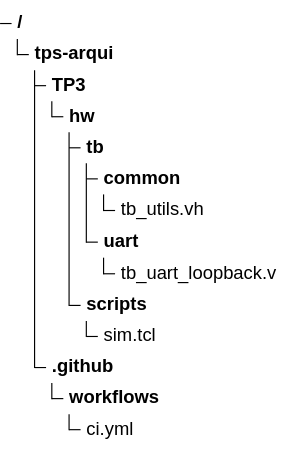
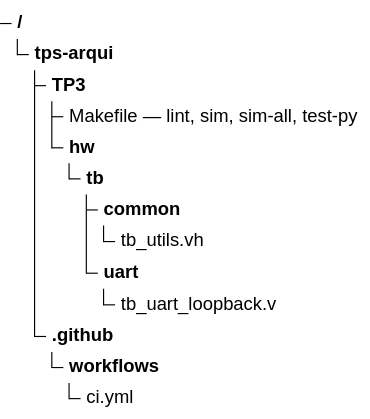
Before and after one commit to nicopinera/tps-arqui: the fourth of 47 diagrams in docs/PRD-pipeline-riscv.md, drawn with Mermaid. The commit also changed other lines of this file and 8 other files, not shown here.

````diff
--- a/docs/PRD-pipeline-riscv.md
+++ b/docs/PRD-pipeline-riscv.md
@@ -525,16 +528,15 @@
 ```mermaid
 treeView-beta
     "tps-arqui/"
         "TP3/"
+            "Makefile — lint, sim, sim-all, test-py"
             "hw/"
                 "tb/"
                     "common/"
                         "tb_utils.vh"
                     "uart/"
                         "tb_uart_loopback.v"
-                "scripts/"
-                    "sim.tcl"
         ".github/"
             "workflows/"
                 "ci.yml"
 ```
````
